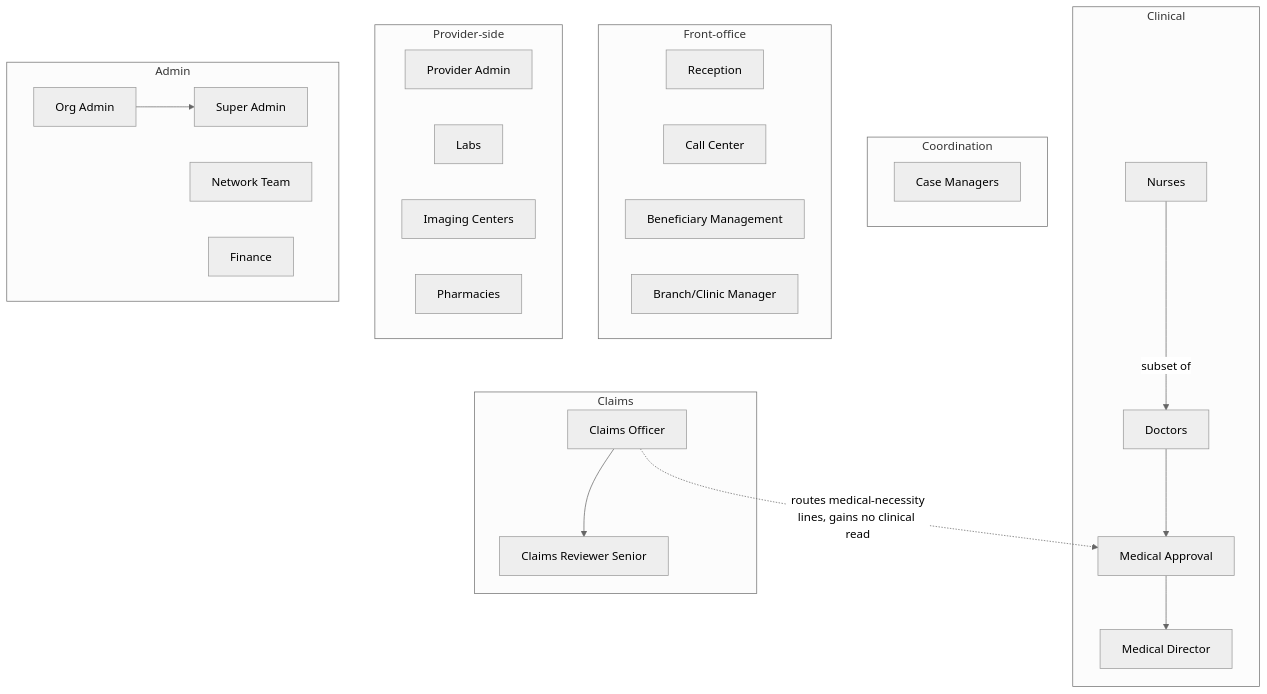
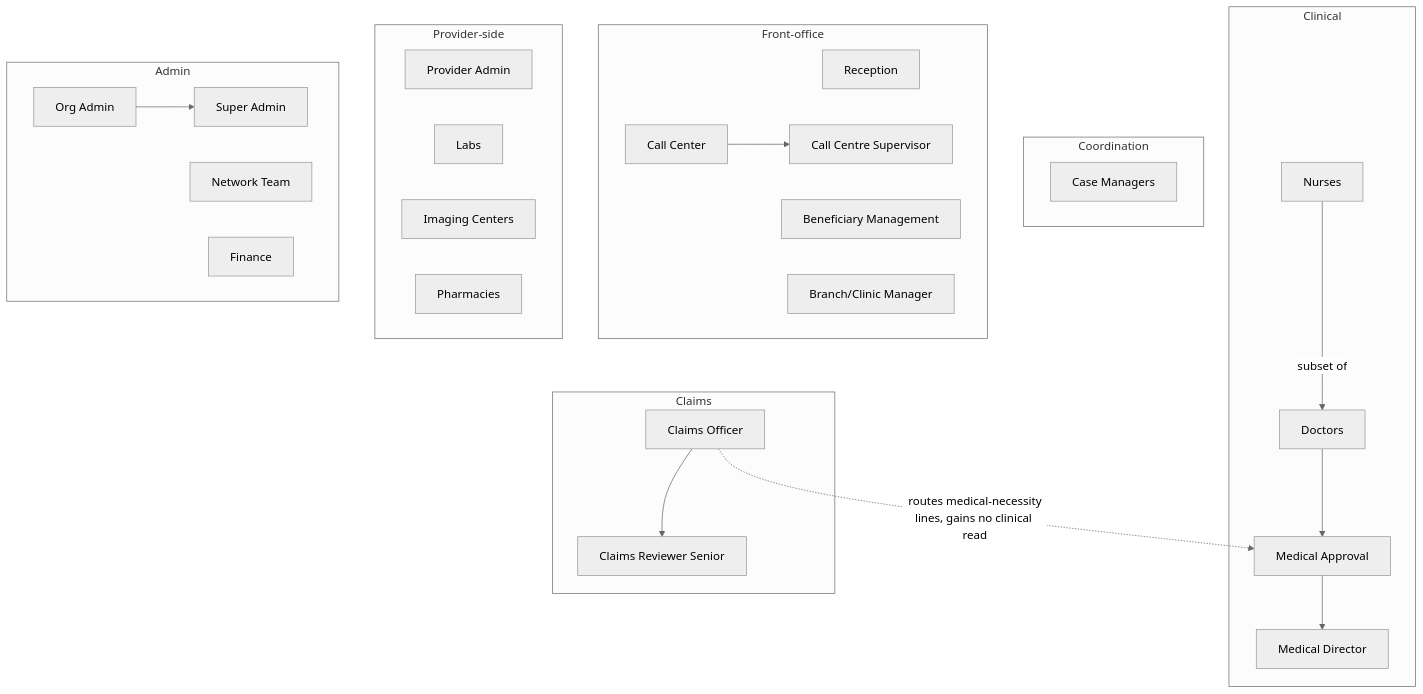
The diagram in HBMP-Design/10-role-matrix.md (MohabFikry/HBMP), drawn with Mermaid (neutral theme) before and after one commit. The commit also changed other lines of this file and 14 other files, not shown here.

````diff
--- a/HBMP-Design/10-role-matrix.md
+++ b/HBMP-Design/10-role-matrix.md
@@ -294,32 +307,32 @@
 ```mermaid
 graph TD
     subgraph Clinical
         NUR[Nurses] -->|subset of| DOC[Doctors]
         DOC --> APPR[Medical Approval]
         APPR --> MD[Medical Director]
     end
     subgraph Coordination
         CM[Case Managers]
     end
     subgraph Front-office
         REC[Reception]
-        CC[Call Center]
+        CC[Call Center] --> CCS[Call Centre Supervisor]
         BM[Beneficiary Management]
         BRM[Branch/Clinic Manager]
     end
     subgraph Provider-side
         PADM[Provider Admin]
         LAB[Labs]
         IMG[Imaging Centers]
         PH[Pharmacies]
     end
     subgraph Admin
         ORG[Org Admin] --> SUPER[Super Admin]
         NET[Network Team]
         FIN[Finance]
     end
     subgraph Claims
         CLMO[Claims Officer] --> CLMR[Claims Reviewer Senior]
     end
     CLMO -.->|routes medical-necessity<br/>lines, gains no clinical read| APPR
 ```
````
